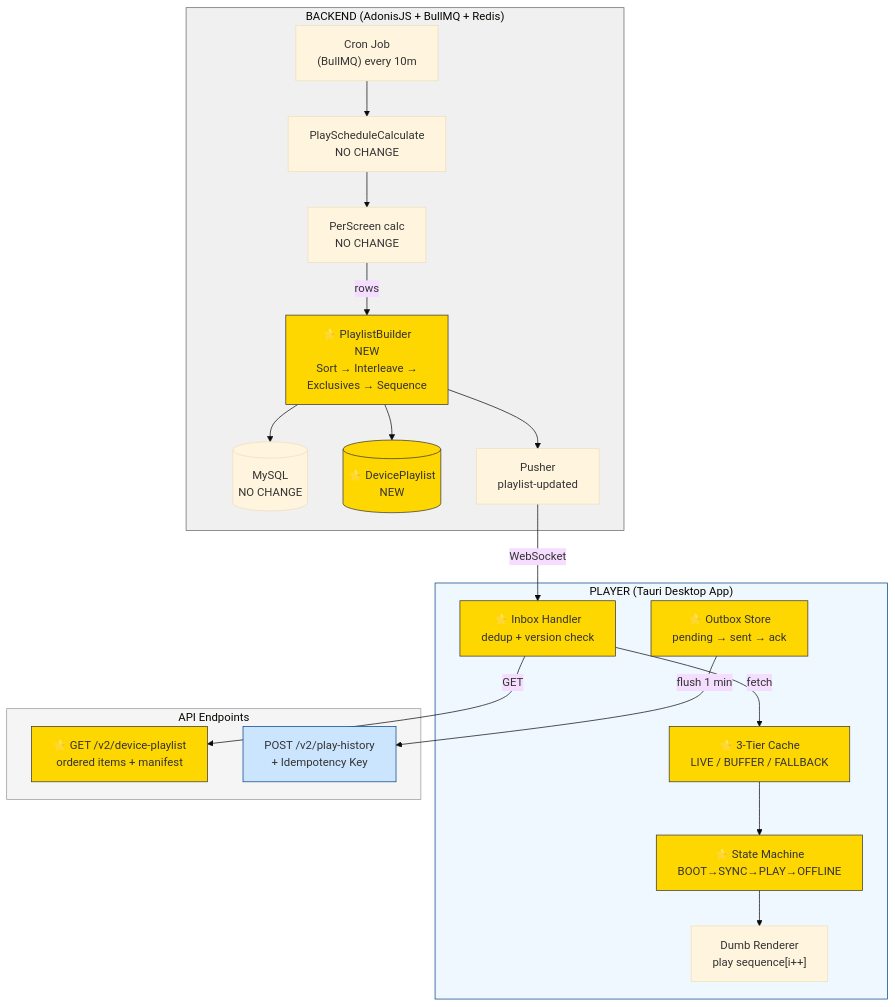
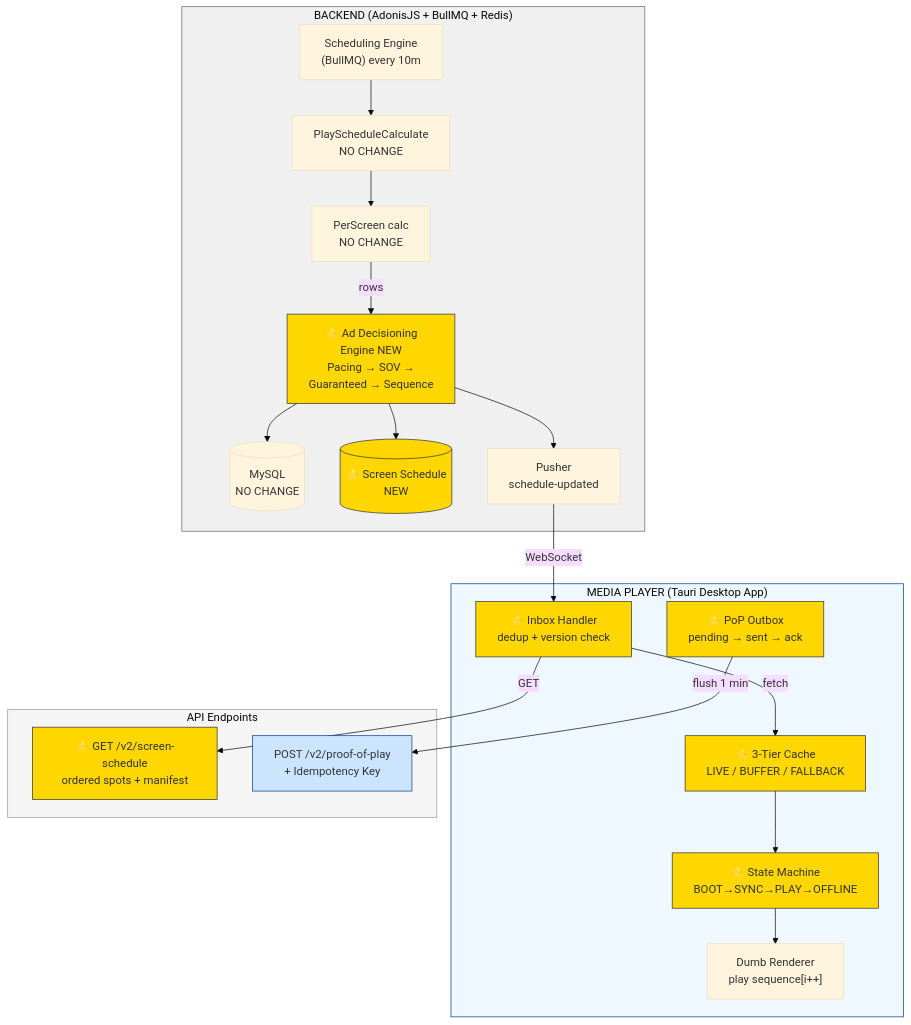
One commit to wasikarn/jira-generator changed the diagram in scripts/diagrams/01-proposed-architecture.mmd. Above: the diagram before and after it, drawn with Mermaid (base theme). The commit also changed 2 other files, not shown here.

Commit message:
feat: update architecture diagrams with DOOH industry terminology
Rename internal terms to DOOH standards (PlaylistBuilder → Ad Decisioning Engine,
DevicePlaylist → Screen Schedule, play-history → PoP, etc.) and add new pDOOH
integration flowchart showing P1-P4 priority fill with future SSP/RTB path.

```diff
--- a/scripts/diagrams/01-proposed-architecture.mmd
+++ b/scripts/diagrams/01-proposed-architecture.mmd
@@ -1,34 +1,34 @@
 flowchart TD
     subgraph BE["BACKEND (AdonisJS + BullMQ + Redis)"]
-        Cron["Cron Job<br/>(BullMQ) every 10m"] --> Calc["PlayScheduleCalculate<br/>NO CHANGE"]
+        Cron["Scheduling Engine<br/>(BullMQ) every 10m"] --> Calc["PlayScheduleCalculate<br/>NO CHANGE"]
         Calc --> Per["PerScreen calc<br/>NO CHANGE"]
-        Per -->|"rows"| PB["⭐ PlaylistBuilder<br/>NEW<br/>Sort → Interleave →<br/>Exclusives → Sequence"]
+        Per -->|"rows"| PB["⭐ Ad Decisioning<br/>Engine NEW<br/>Pacing → SOV →<br/>Guaranteed → Sequence"]
         PB --> DB[("MySQL<br/>NO CHANGE")]
-        PB --> DPL[("⭐ DevicePlaylist<br/>NEW")]
-        PB --> Push["Pusher<br/>playlist-updated"]
+        PB --> DPL[("⭐ Screen Schedule<br/>NEW")]
+        PB --> Push["Pusher<br/>schedule-updated"]
     end
     Push -->|"WebSocket"| INB
-    subgraph PL["PLAYER (Tauri Desktop App)"]
+    subgraph PL["MEDIA PLAYER (Tauri Desktop App)"]
         INB["⭐ Inbox Handler<br/>dedup + version check"]
         INB -->|"fetch"| CACHE["⭐ 3-Tier Cache<br/>LIVE / BUFFER / FALLBACK"]
         CACHE --> SM["⭐ State Machine<br/>BOOT→SYNC→PLAY→OFFLINE"]
         SM --> REN["Dumb Renderer<br/>play sequence[i++]"]
-        OUT["⭐ Outbox Store<br/>pending → sent → ack"]
+        OUT["⭐ PoP Outbox<br/>pending → sent → ack"]
     end
     subgraph APILAYER["API Endpoints"]
-        API1["⭐ GET /v2/device-playlist<br/>ordered items + manifest"]
-        API2["POST /v2/play-history<br/>+ Idempotency Key"]
+        API1["⭐ GET /v2/screen-schedule<br/>ordered spots + manifest"]
+        API2["POST /v2/proof-of-play<br/>+ Idempotency Key"]
     end
     INB -->|"GET"| API1
     OUT -->|"flush 1 min"| API2
     style BE fill:#f0f0f0,stroke:#666
     style PL fill:#f0f8ff,stroke:#004085
     style APILAYER fill:#f5f5f5,stroke:#999
     style PB fill:#ffd700,stroke:#333
     style DPL fill:#ffd700,stroke:#333
     style INB fill:#ffd700,stroke:#333
     style CACHE fill:#ffd700,stroke:#333
     style SM fill:#ffd700,stroke:#333
     style OUT fill:#ffd700,stroke:#333
     style API1 fill:#ffd700,stroke:#333
     style API2 fill:#cce5ff,stroke:#004085
```
